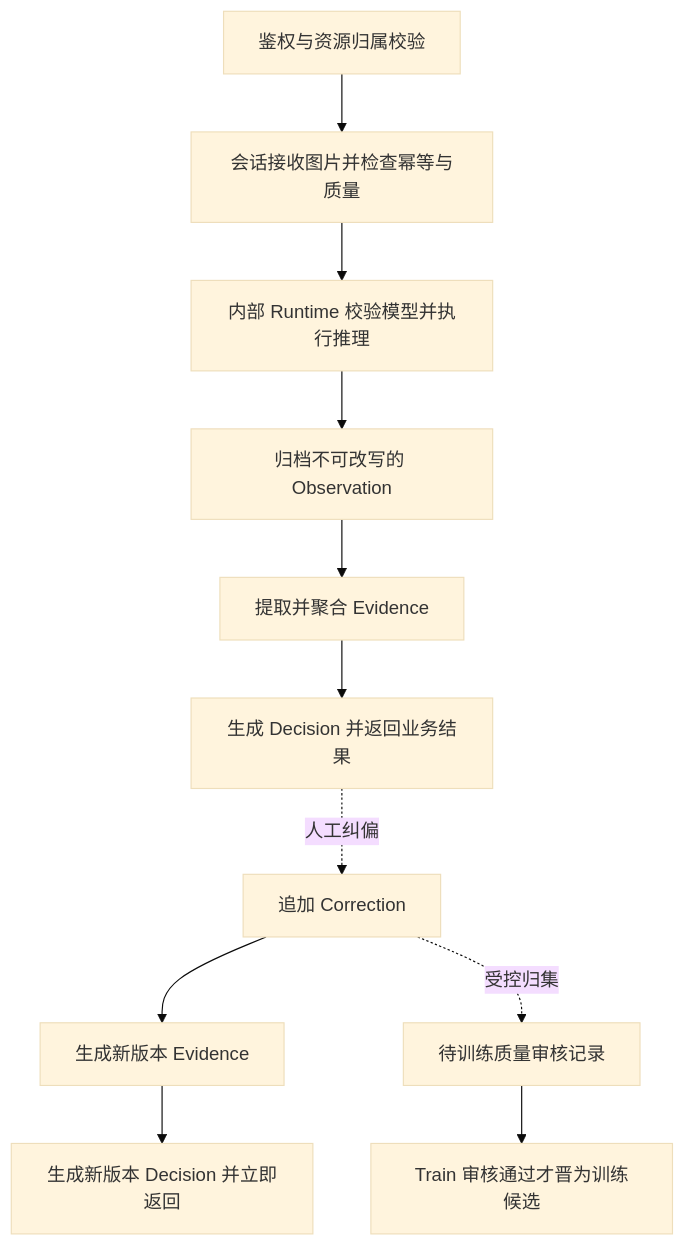
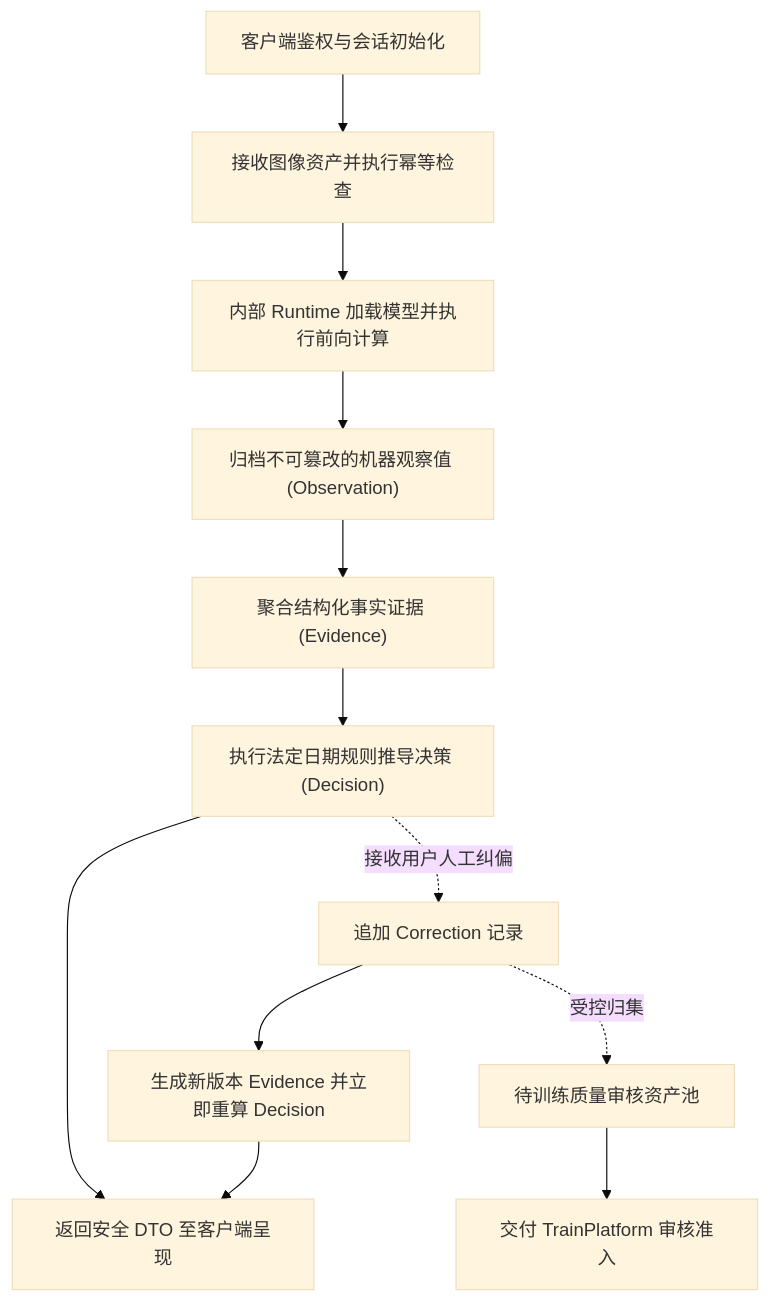
The first of 2 diagrams in README.md (QingMouFoodDate/InferPlatform), drawn with Mermaid (base theme) before and after one commit. The commit also changed other lines of this file, not shown here.

````diff
--- a/README.md
+++ b/README.md
@@ -42,13 +41,14 @@
 ```mermaid
 flowchart TD
-    A[鉴权与资源归属校验] --> B[会话接收图片并检查幂等与质量]
-    B --> C[内部 Runtime 校验模型并执行推理]
-    C --> D[归档不可改写的 Observation]
-    D --> E[提取并聚合 Evidence]
-    E --> F[生成 Decision 并返回业务结果]
-    F -.人工纠偏.-> G[追加 Correction]
-    G --> H[生成新版本 Evidence]
-    H --> I[生成新版本 Decision 并立即返回]
-    G -.受控归集.-> J[待训练质量审核记录]
-    J --> K[Train 审核通过才晋为训练候选]
+    A["客户端鉴权与会话初始化"] --> B["接收图像资产并执行幂等检查"]
+    B --> C["内部 Runtime 加载模型并执行前向计算"]
+    C --> D["归档不可篡改的机器观察值 (Observation)"]
+    D --> E["聚合结构化事实证据 (Evidence)"]
+    E --> F["执行法定日期规则推导决策 (Decision)"]
+    F --> G["返回安全 DTO 至客户端呈现"]
+    F -.接收用户人工纠偏.-> H["追加 Correction 记录"]
+    H --> I["生成新版本 Evidence 并立即重算 Decision"]
+    I --> G
+    H -.受控归集.-> J["待训练质量审核资产池"]
+    J --> K["交付 TrainPlatform 审核准入"]
 ```
````
